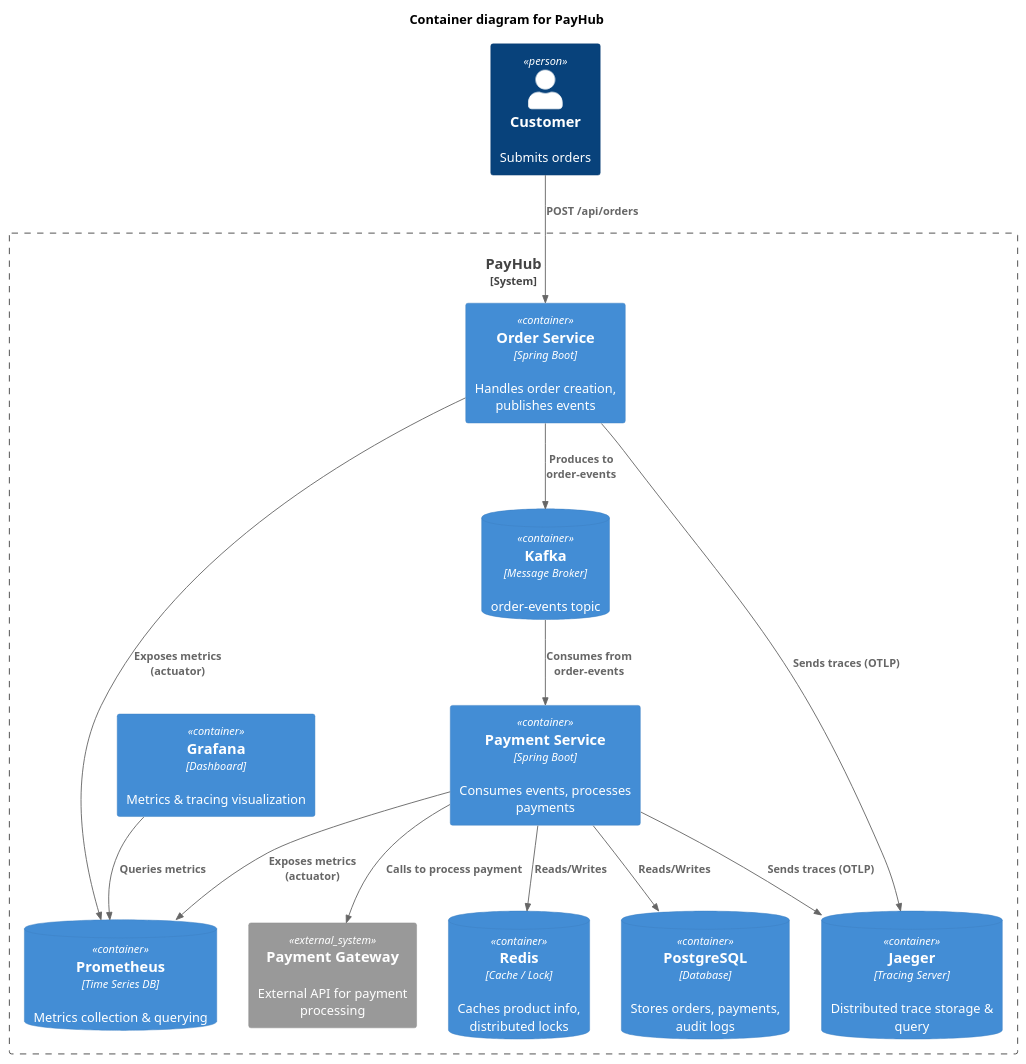
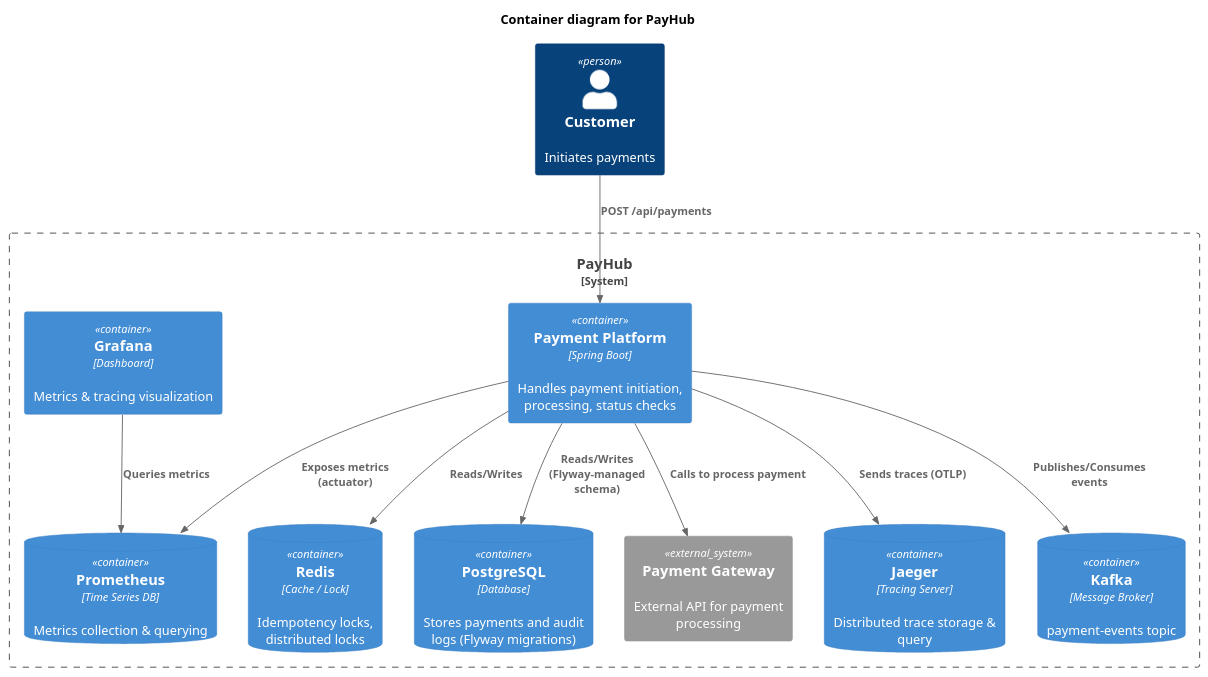
The diagram in doc/c4-container-diagram.puml (Jingyu-deng/payhub), drawn with PlantUML before and after one commit. The commit also changed 56 other files, not shown here.

```diff
--- a/doc/c4-container-diagram.puml
+++ b/doc/c4-container-diagram.puml
@@ -1,32 +1,28 @@
 @startuml
 !include https://raw.githubusercontent.com/plantuml-stdlib/C4-PlantUML/master/C4_Container.puml
 
 title Container diagram for PayHub
 
-Person(customer, "Customer", "Submits orders")
+Person(customer, "Customer", "Initiates payments")
 
 System_Boundary(payhub, "PayHub") {
-    Container(order_service, "Order Service", "Spring Boot", "Handles order creation, publishes events")
-    Container(payment_service, "Payment Service", "Spring Boot", "Consumes events, processes payments")
-    ContainerDb(kafka, "Kafka", "Message Broker", "order-events topic")
-    ContainerDb(redis, "Redis", "Cache / Lock", "Caches product info, distributed locks")
-    ContainerDb(postgres, "PostgreSQL", "Database", "Stores orders, payments, audit logs")
+    Container(payment_platform, "Payment Platform", "Spring Boot", "Handles payment initiation, processing, status checks")
+    ContainerDb(kafka, "Kafka", "Message Broker", "payment-events topic")
+    ContainerDb(redis, "Redis", "Cache / Lock", "Idempotency locks, distributed locks")
+    ContainerDb(postgres, "PostgreSQL", "Database", "Stores payments and audit logs (Flyway migrations)")
     System_Ext(payment_gateway, "Payment Gateway", "External API for payment processing")
     ContainerDb(prometheus, "Prometheus", "Time Series DB", "Metrics collection & querying")
     ContainerDb(jaeger, "Jaeger", "Tracing Server", "Distributed trace storage & query")
     Container(grafana, "Grafana", "Dashboard", "Metrics & tracing visualization")
 }
 
-Rel(customer, order_service, "POST /api/orders")
-Rel(order_service, kafka, "Produces to order-events")
-Rel(kafka, payment_service, "Consumes from order-events")
-Rel(payment_service, redis, "Reads/Writes")
-Rel(payment_service, postgres, "Reads/Writes")
-Rel(payment_service, payment_gateway, "Calls to process payment")
-Rel(order_service, prometheus, "Exposes metrics (actuator)")
-Rel(payment_service, prometheus, "Exposes metrics (actuator)")
-Rel(order_service, jaeger, "Sends traces (OTLP)")
-Rel(payment_service, jaeger, "Sends traces (OTLP)")
+Rel(customer, payment_platform, "POST /api/payments")
+Rel(payment_platform, kafka, "Publishes/Consumes events")
+Rel(payment_platform, redis, "Reads/Writes")
+Rel(payment_platform, postgres, "Reads/Writes (Flyway-managed schema)")
+Rel(payment_platform, payment_gateway, "Calls to process payment")
+Rel(payment_platform, prometheus, "Exposes metrics (actuator)")
+Rel(payment_platform, jaeger, "Sends traces (OTLP)")
 Rel(grafana, prometheus, "Queries metrics")
 
 @enduml
```
